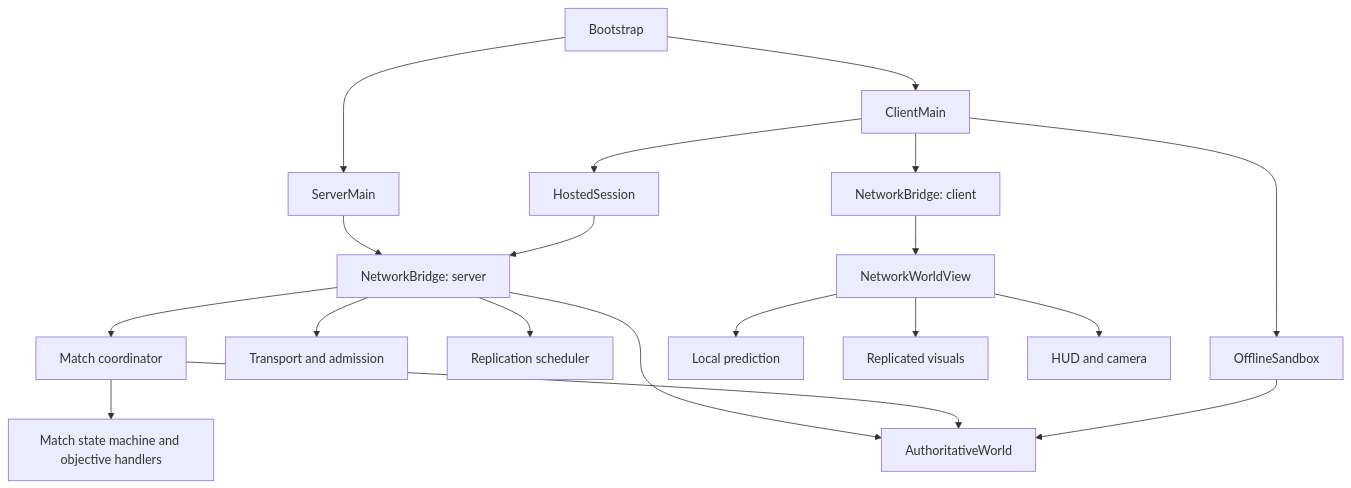
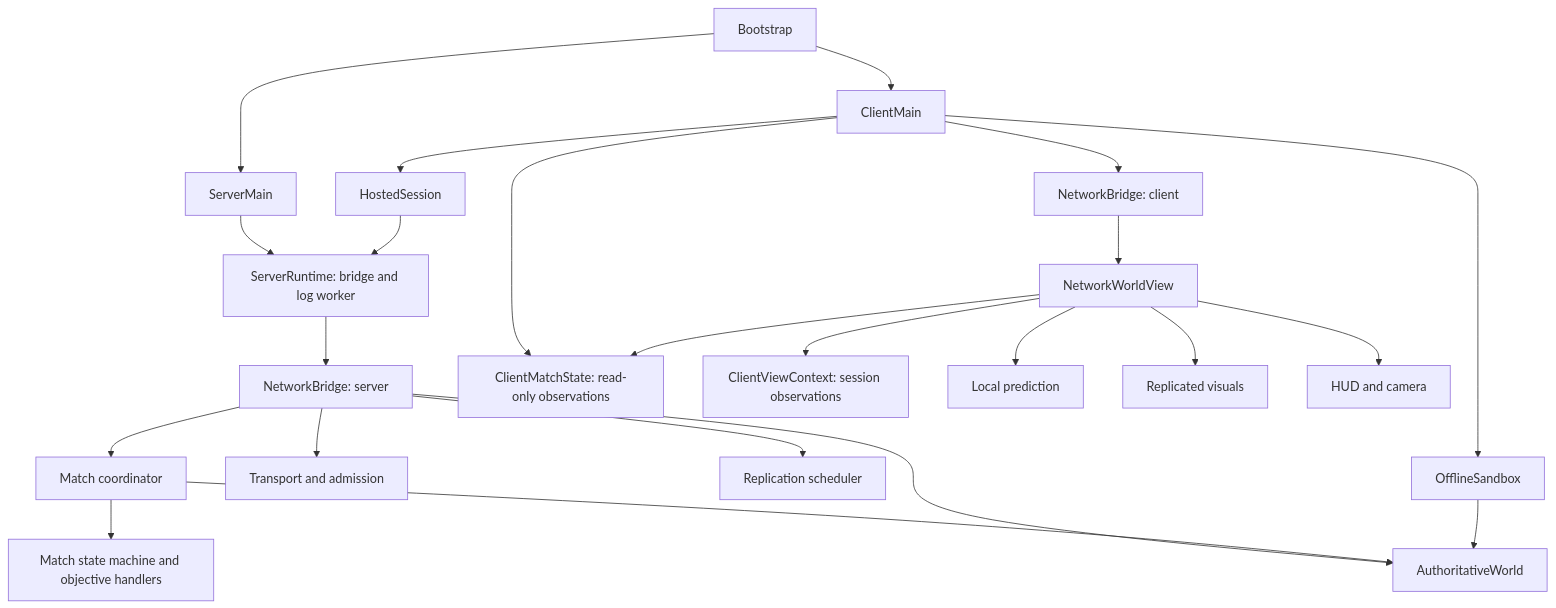
Before and after one commit to DumpsterFireLabs/SuperStarFighter: the diagram in docs/ARCHITECTURE-REVIEW-2026-09-17.md, drawn with Mermaid. The commit also changed other lines of this file and 81 other files, not shown here.

First line of the commit message:
Complete architecture follow-up and mark review findings fixed

````diff
--- a/docs/ARCHITECTURE-REVIEW-2026-09-17.md
+++ b/docs/ARCHITECTURE-REVIEW-2026-09-17.md
@@ -13,21 +34,25 @@
 ```mermaid
 flowchart TD
     Bootstrap --> ClientMain
     Bootstrap --> ServerMain
     ClientMain --> ClientBridge[NetworkBridge: client]
     ClientMain --> HostedSession
     ClientMain --> OfflineSandbox
-    ServerMain --> ServerBridge[NetworkBridge: server]
-    HostedSession --> ServerBridge
+    ServerMain --> Runtime[ServerRuntime: bridge and log worker]
+    HostedSession --> Runtime
+    Runtime --> ServerBridge[NetworkBridge: server]
     ServerBridge --> SessionOwner[Transport and admission]
     ServerBridge --> Replication[Replication scheduler]
     ServerBridge --> Coordinator[Match coordinator]
     ServerBridge --> World[AuthoritativeWorld]
     Coordinator --> MatchMachine[Match state machine and objective handlers]
     Coordinator --> World
     OfflineSandbox --> World
+    ClientMain --> MatchState[ClientMatchState: read-only observations]
     ClientBridge --> WorldView[NetworkWorldView]
+    WorldView --> MatchState
+    WorldView --> Context[ClientViewContext: session observations]
     WorldView --> Prediction[Local prediction]
     WorldView --> Visuals[Replicated visuals]
     WorldView --> HUD[HUD and camera]
 ```
````
